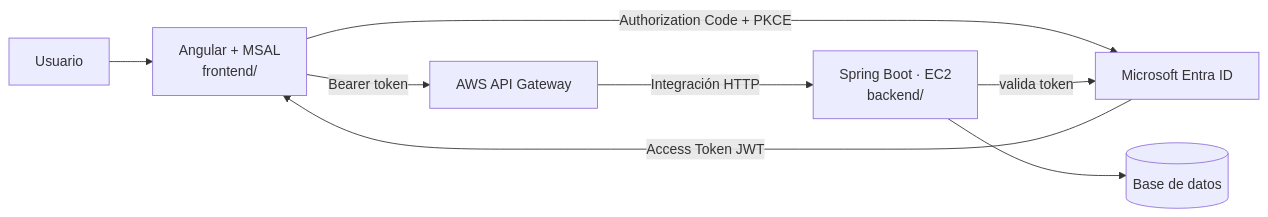
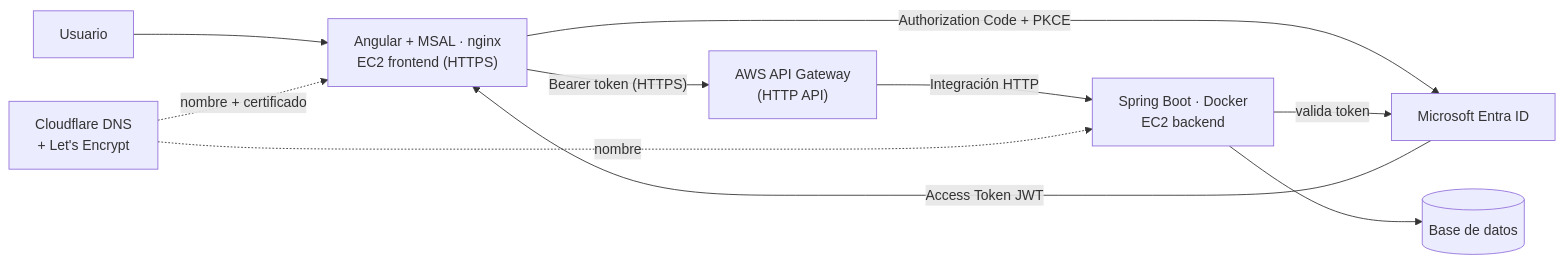
Before and after one commit to jhonnylarry/dsy1107-ep1-ecopunto: the diagram in README.md, drawn with Mermaid. The commit also changed other lines of this file, not shown here.

First line of the commit message:
docs: documentar despliegue en AWS con dominio, HTTPS y API Gateway

````diff
--- a/README.md
+++ b/README.md
@@ -10,10 +10,12 @@
 ```mermaid
 flowchart LR
-    U[Usuario] --> FE["Angular + MSAL<br/>frontend/"]
+    U[Usuario] --> FE["Angular + MSAL · nginx<br/>EC2 frontend (HTTPS)"]
     FE -->|"Authorization Code + PKCE"| ENTRA["Microsoft Entra ID"]
     ENTRA -->|"Access Token JWT"| FE
-    FE -->|"Bearer token"| GW["AWS API Gateway"]
-    GW -->|"Integración HTTP"| BE["Spring Boot · EC2<br/>backend/"]
+    FE -->|"Bearer token (HTTPS)"| GW["AWS API Gateway<br/>(HTTP API)"]
+    GW -->|"Integración HTTP"| BE["Spring Boot · Docker<br/>EC2 backend"]
     BE -->|"valida token"| ENTRA
     BE --> DB[("Base de datos")]
+    DNS["Cloudflare DNS<br/>+ Let's Encrypt"] -.->|"nombre + certificado"| FE
+    DNS -.->|"nombre"| BE
 ```
````
